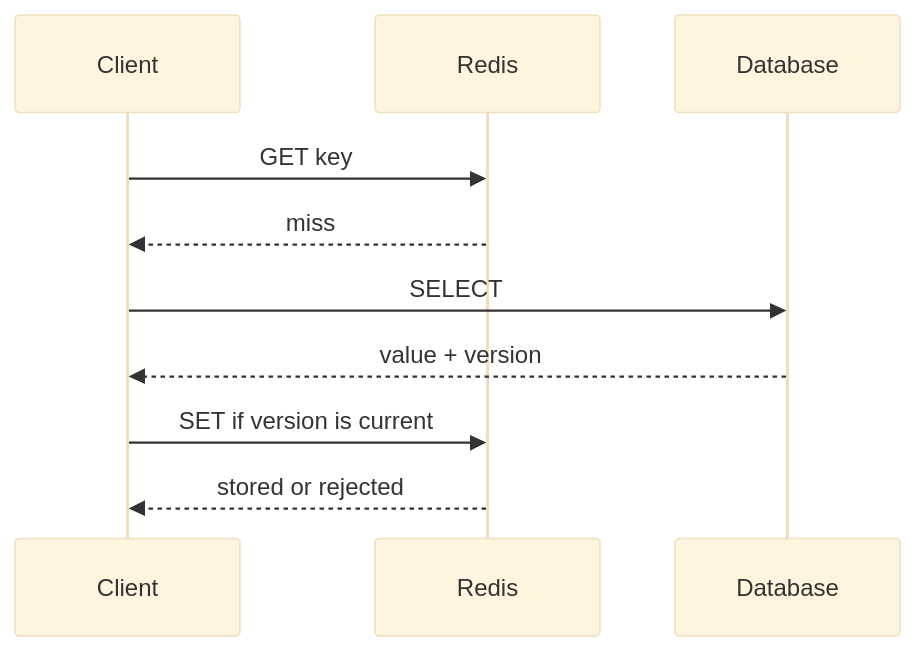
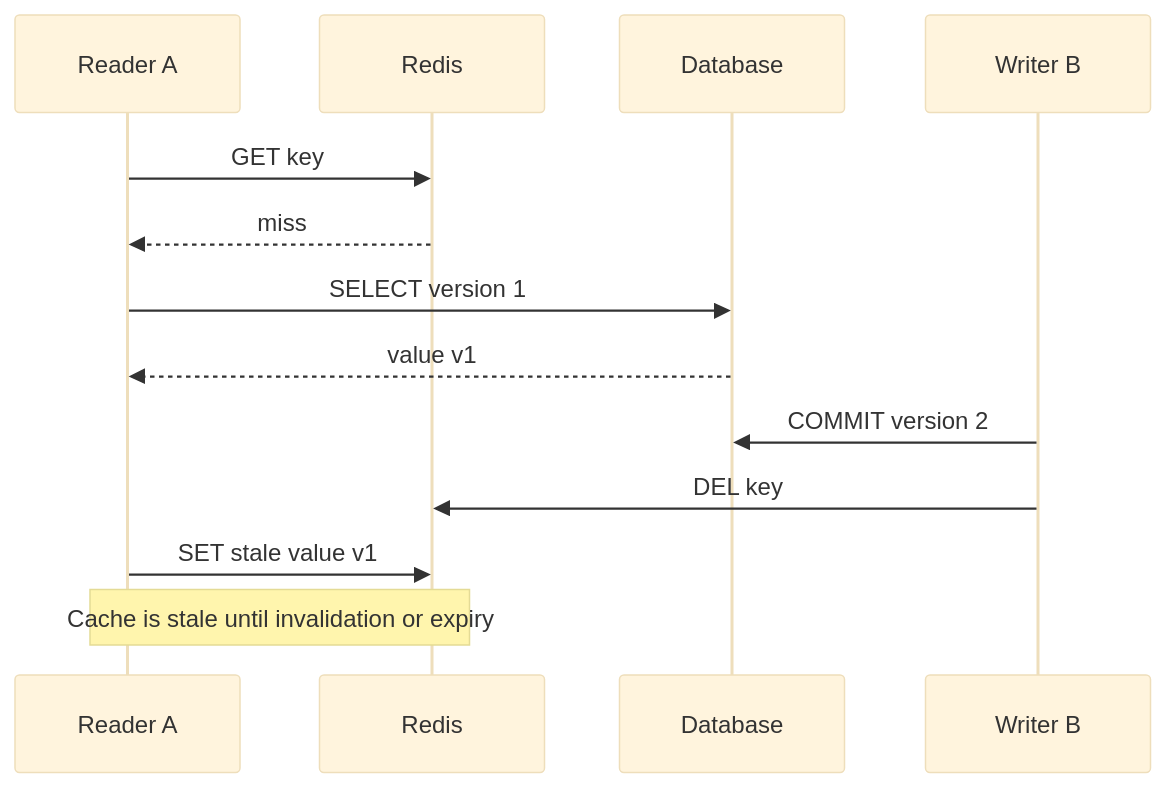
The diagram in app/book/chapter06.md (lu-xury/agent-backend-textbook), drawn with Mermaid (base theme) before and after one commit. The commit also changed other lines of this file and 17 other files, not shown here.

First line of the commit message:
审核全书概念、图表与伪代码

````diff
--- a/app/book/chapter06.md
+++ b/app/book/chapter06.md
@@ -32,12 +31,15 @@
 ```mermaid
 sequenceDiagram
-  participant C as Client
+  participant A as Reader A
   participant R as Redis
   participant D as Database
-  C->>R: GET key
-  R-->>C: miss
-  C->>D: SELECT
-  D-->>C: value + version
-  C->>R: SET if version is current
-  R-->>C: stored or rejected
+  participant B as Writer B
+  A->>R: GET key
+  R-->>A: miss
+  A->>D: SELECT version 1
+  D-->>A: value v1
+  B->>D: COMMIT version 2
+  B->>R: DEL key
+  A->>R: SET stale value v1
+  Note over A,R: Cache is stale until invalidation or expiry
 ```
````
